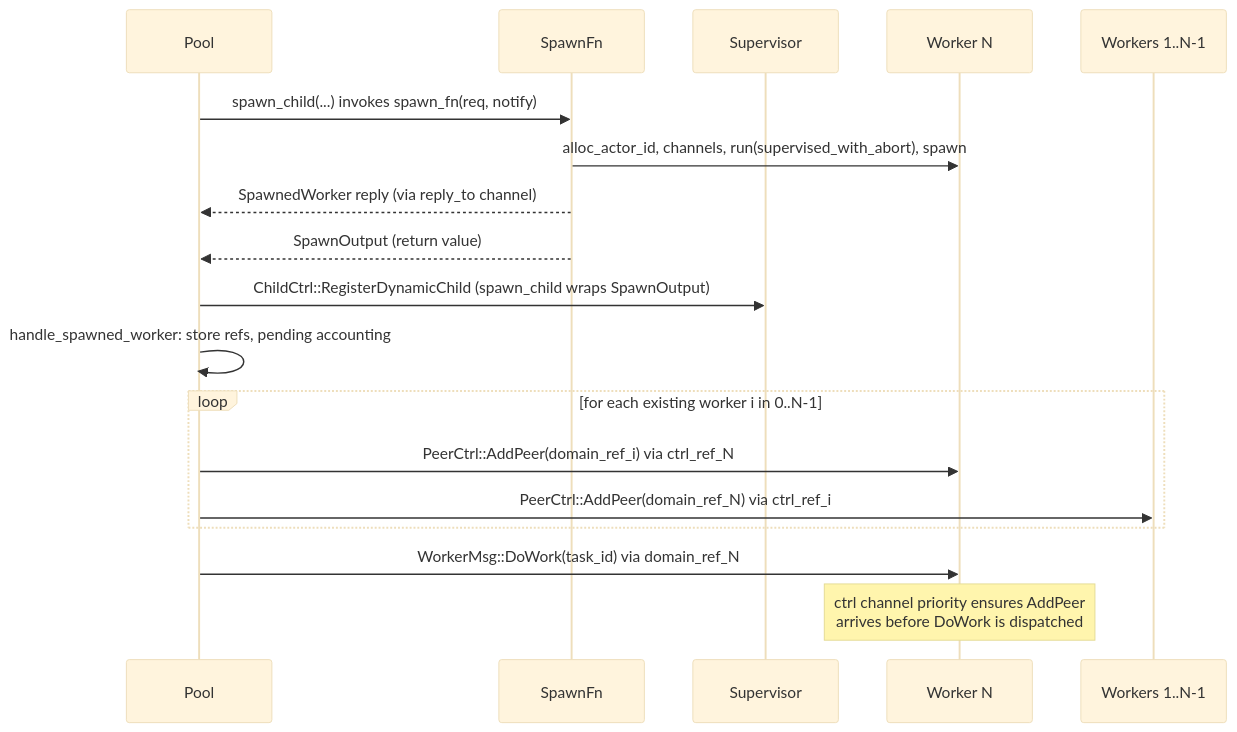
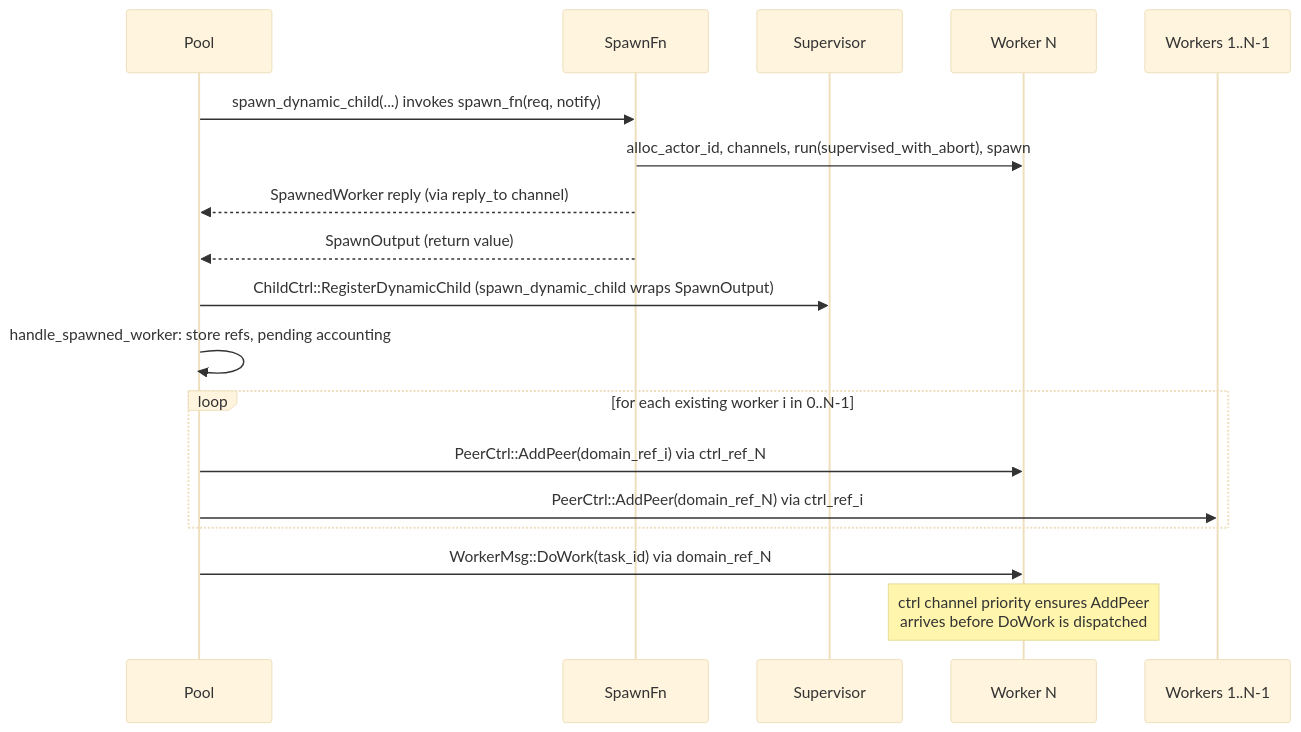
Before and after one commit to bloxide-com/bloxide: the third of 4 diagrams in spec/architecture/10-dynamic-actors.md, drawn with Mermaid (base theme). The commit also changed other lines of this file and 112 other files, not shown here.

````diff
--- a/spec/architecture/10-dynamic-actors.md
+++ b/spec/architecture/10-dynamic-actors.md
@@ -670,23 +670,23 @@
 ```mermaid
 sequenceDiagram
     participant Pool
     participant Factory as SpawnFn
     participant Sup as Supervisor
     participant NewWorker as Worker N
     participant OldWorker as Workers 1..N-1
 
-    Pool->>Factory: spawn_child(...) invokes spawn_fn(req, notify)
+    Pool->>Factory: spawn_dynamic_child(...) invokes spawn_fn(req, notify)
     Factory->>NewWorker: alloc_actor_id, channels, run(supervised_with_abort), spawn
     Factory-->>Pool: SpawnedWorker reply (via reply_to channel)
     Factory-->>Pool: SpawnOutput (return value)
-    Pool->>Sup: ChildCtrl::RegisterDynamicChild (spawn_child wraps SpawnOutput)
+    Pool->>Sup: ChildCtrl::RegisterDynamicChild (spawn_dynamic_child wraps SpawnOutput)
 
     Pool->>Pool: handle_spawned_worker: store refs, pending accounting
     loop for each existing worker i in 0..N-1
         Pool->>NewWorker: PeerCtrl::AddPeer(domain_ref_i) via ctrl_ref_N
         Pool->>OldWorker: PeerCtrl::AddPeer(domain_ref_N) via ctrl_ref_i
     end
 
     Pool->>NewWorker: WorkerMsg::DoWork(task_id) via domain_ref_N
     Note over NewWorker: ctrl channel priority ensures AddPeer<br/>arrives before DoWork is dispatched
 ```
````
